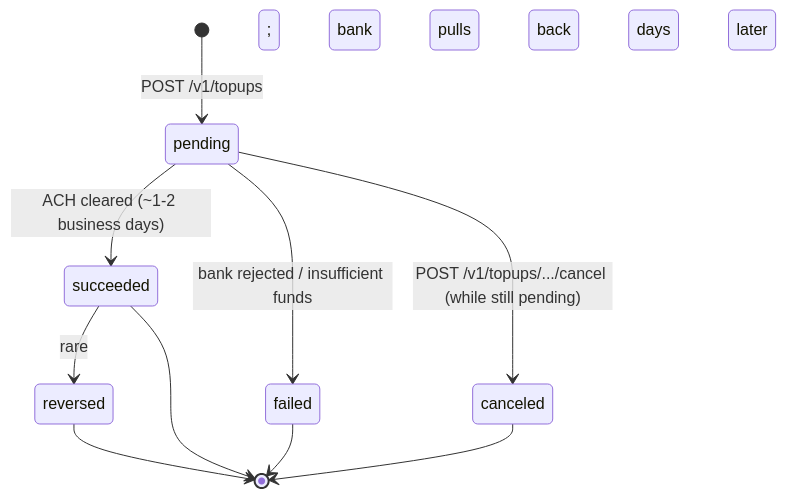
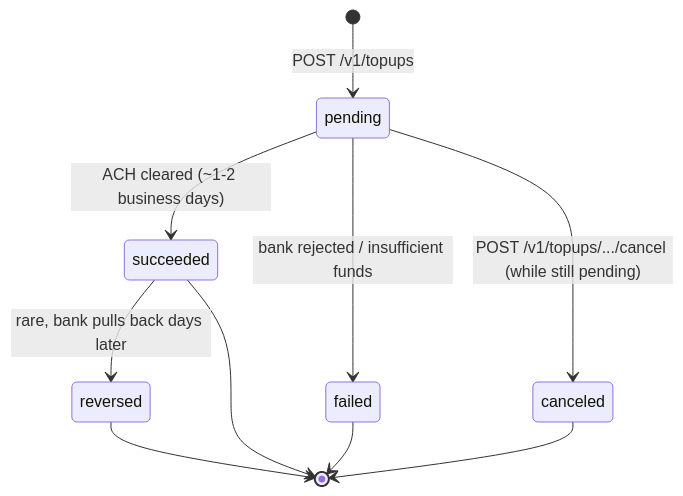
One commit to ngtranthanhtoan/stripe-documentation changed the second of 3 diagrams in 07-connect/top-ups.md. Above: the diagram before and after it, drawn with Mermaid. The commit also changed 3 other files, not shown here.

Commit message:
improve diagram

````diff
--- a/07-connect/top-ups.md
+++ b/07-connect/top-ups.md
@@ -31,12 +31,12 @@
 ```mermaid
 stateDiagram-v2
     [*] --> pending: POST /v1/topups
     pending --> succeeded: ACH cleared (~1-2 business days)
     pending --> failed: bank rejected / insufficient funds
     pending --> canceled: POST /v1/topups/.../cancel (while still pending)
-    succeeded --> reversed: rare; bank pulls back days later
+    succeeded --> reversed: rare, bank pulls back days later
     succeeded --> [*]
     failed --> [*]
     canceled --> [*]
     reversed --> [*]
 ```
````
